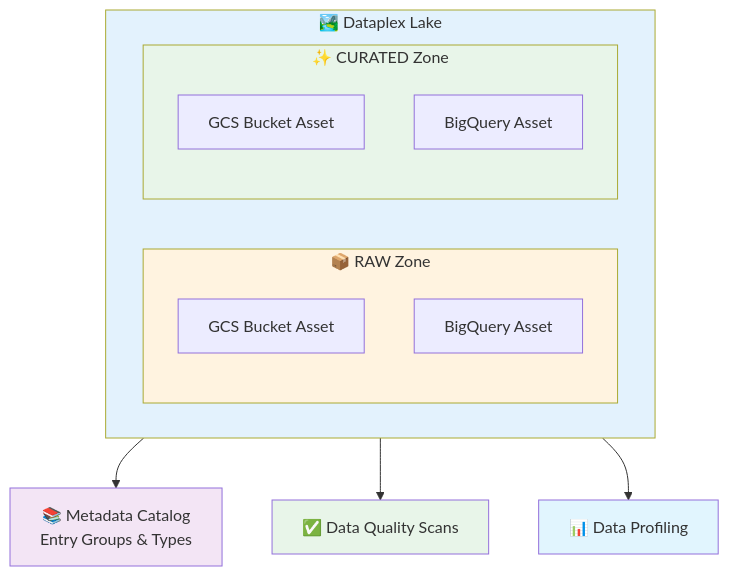
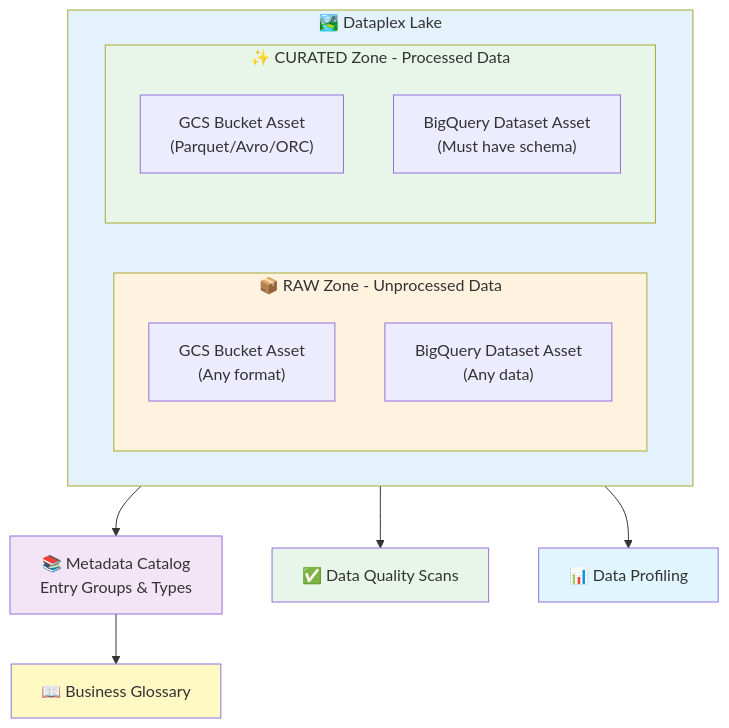
One commit to Abhishek-Kraj/Dataplex-Universal-Catalog changed the diagram in README.md. Above: the diagram before and after it, drawn with Mermaid. The commit also changed other lines of this file and 8 other files, not shown here.

````diff
--- a/README.md
+++ b/README.md
@@ -7,28 +54,31 @@
 ```mermaid
 graph TB
     subgraph Lake["🏞️ Dataplex Lake"]
-        subgraph RawZone["📦 RAW Zone"]
-            RawGCS["GCS Bucket Asset"]
-            RawBQ["BigQuery Asset"]
+        subgraph RawZone["📦 RAW Zone - Unprocessed Data"]
+            RawGCS["GCS Bucket Asset<br/>(Any format)"]
+            RawBQ["BigQuery Dataset Asset<br/>(Any data)"]
         end
-        subgraph CuratedZone["✨ CURATED Zone"]
-            CuratedGCS["GCS Bucket Asset"]
-            CuratedBQ["BigQuery Asset"]
+        subgraph CuratedZone["✨ CURATED Zone - Processed Data"]
+            CuratedGCS["GCS Bucket Asset<br/>(Parquet/Avro/ORC)"]
+            CuratedBQ["BigQuery Dataset Asset<br/>(Must have schema)"]
         end
     end
 
     Catalog["📚 Metadata Catalog<br/>Entry Groups & Types"]
     Quality["✅ Data Quality Scans"]
     Profiling["📊 Data Profiling"]
+    Glossary["📖 Business Glossary"]
 
     Lake --> Catalog
     Lake --> Quality
     Lake --> Profiling
+    Catalog --> Glossary
 
     style Lake fill:#e3f2fd
     style RawZone fill:#fff3e0
     style CuratedZone fill:#e8f5e9
     style Catalog fill:#f3e5f5
     style Quality fill:#e8f5e9
     style Profiling fill:#e1f5fe
+    style Glossary fill:#fff9c4
 ```
````
